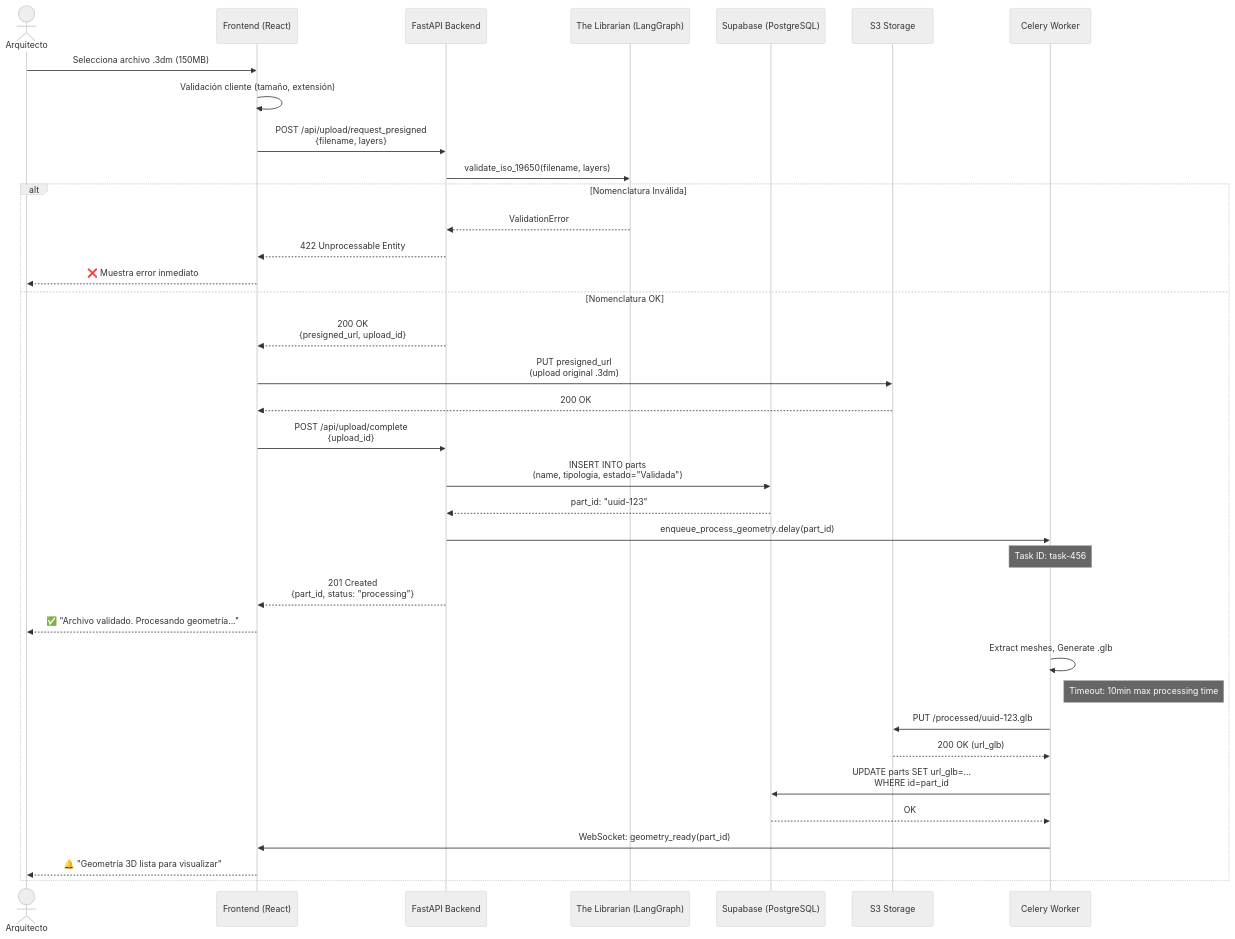
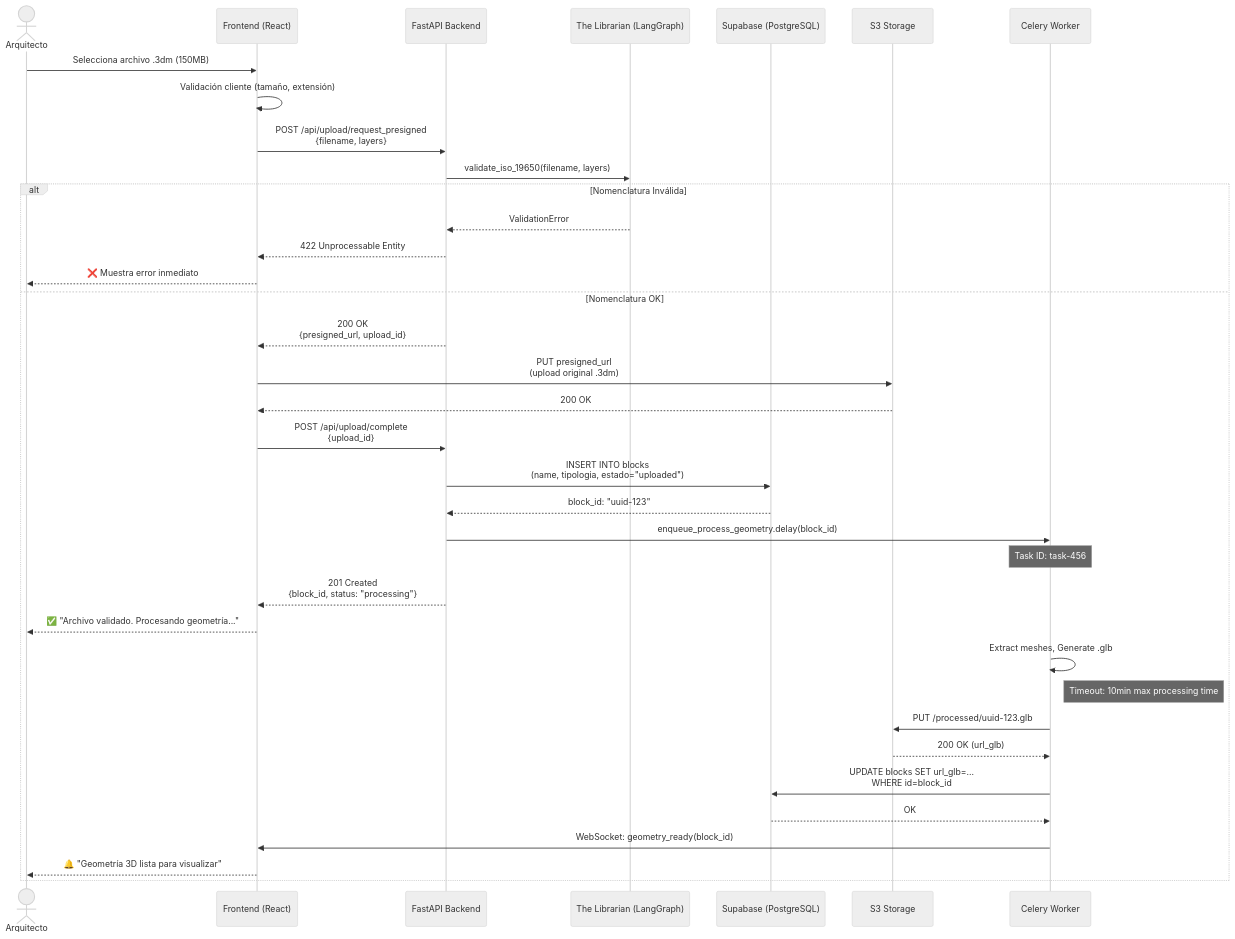
The second of 7 diagrams in docs/04-use-cases.md (LIDR-academy/AI4Devs-finalproject), drawn with Mermaid (neutral theme) before and after one commit. The commit also changed other lines of this file and 8 other files, not shown here.

````diff
--- a/docs/04-use-cases.md
+++ b/docs/04-use-cases.md
@@ -90,50 +90,50 @@
 ```mermaid
 sequenceDiagram
     actor User as Arquitecto
     participant FE as Frontend (React)
     participant API as FastAPI Backend
     participant Agent as The Librarian (LangGraph)
     participant DB as Supabase (PostgreSQL)
     participant Storage as S3 Storage
     participant Queue as Celery Worker
 
     User->>FE: Selecciona archivo .3dm (150MB)
     FE->>FE: Validación cliente (tamaño, extensión)
     
     FE->>API: POST /api/upload/request_presigned<br/>{filename, layers}
     
     API->>Agent: validate_iso_19650(filename, layers)
     
     alt Nomenclatura Inválida
         Agent-->>API: ValidationError
         API-->>FE: 422 Unprocessable Entity
         FE-->>User: ❌ Muestra error inmediato
     else Nomenclatura OK
         API-->>FE: 200 OK<br/>{presigned_url, upload_id}
         
         FE->>Storage: PUT presigned_url<br/>(upload original .3dm)
         Storage-->>FE: 200 OK
         
         FE->>API: POST /api/upload/complete<br/>{upload_id}
         
-        API->>DB: INSERT INTO parts<br/>(name, tipologia, estado="Validada")
-        DB-->>API: part_id: "uuid-123"
+        API->>DB: INSERT INTO blocks<br/>(name, tipologia, estado="uploaded")
+        DB-->>API: block_id: "uuid-123"
         
-        API->>Queue: enqueue_process_geometry.delay(part_id)
+        API->>Queue: enqueue_process_geometry.delay(block_id)
         Note over Queue: Task ID: task-456
         
-        API-->>FE: 201 Created<br/>{part_id, status: "processing"}
+        API-->>FE: 201 Created<br/>{block_id, status: "processing"}
         FE-->>User: ✅ "Archivo validado. Procesando geometría..."
         
         Queue->>Queue: Extract meshes, Generate .glb
         Note right of Queue: Timeout: 10min max processing time
         Queue->>Storage: PUT /processed/uuid-123.glb
         Storage-->>Queue: 200 OK (url_glb)
         
-        Queue->>DB: UPDATE parts SET url_glb=...<br/>WHERE id=part_id
+        Queue->>DB: UPDATE blocks SET url_glb=...<br/>WHERE id=block_id
         DB-->>Queue: OK
         
-        Queue->>FE: WebSocket: geometry_ready(part_id)
+        Queue->>FE: WebSocket: geometry_ready(block_id)
         FE-->>User: 🔔 "Geometría 3D lista para visualizar"
     end
 ```
````
